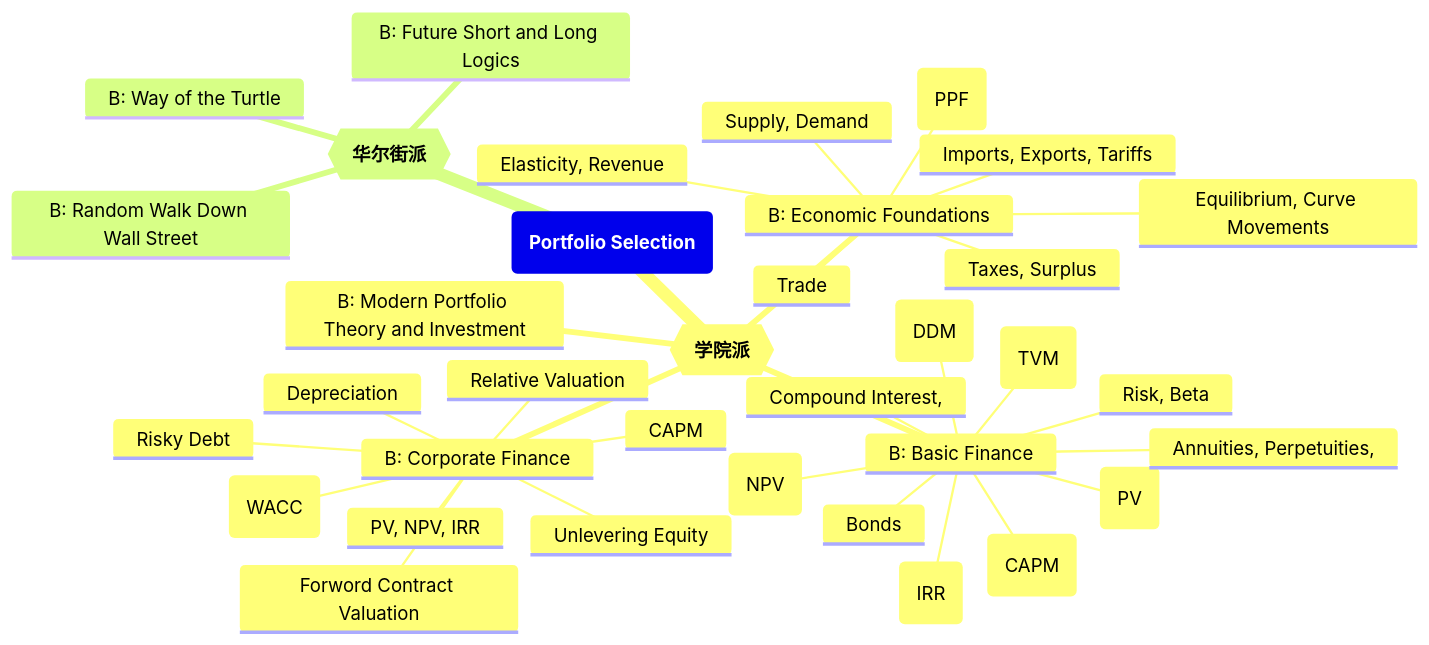
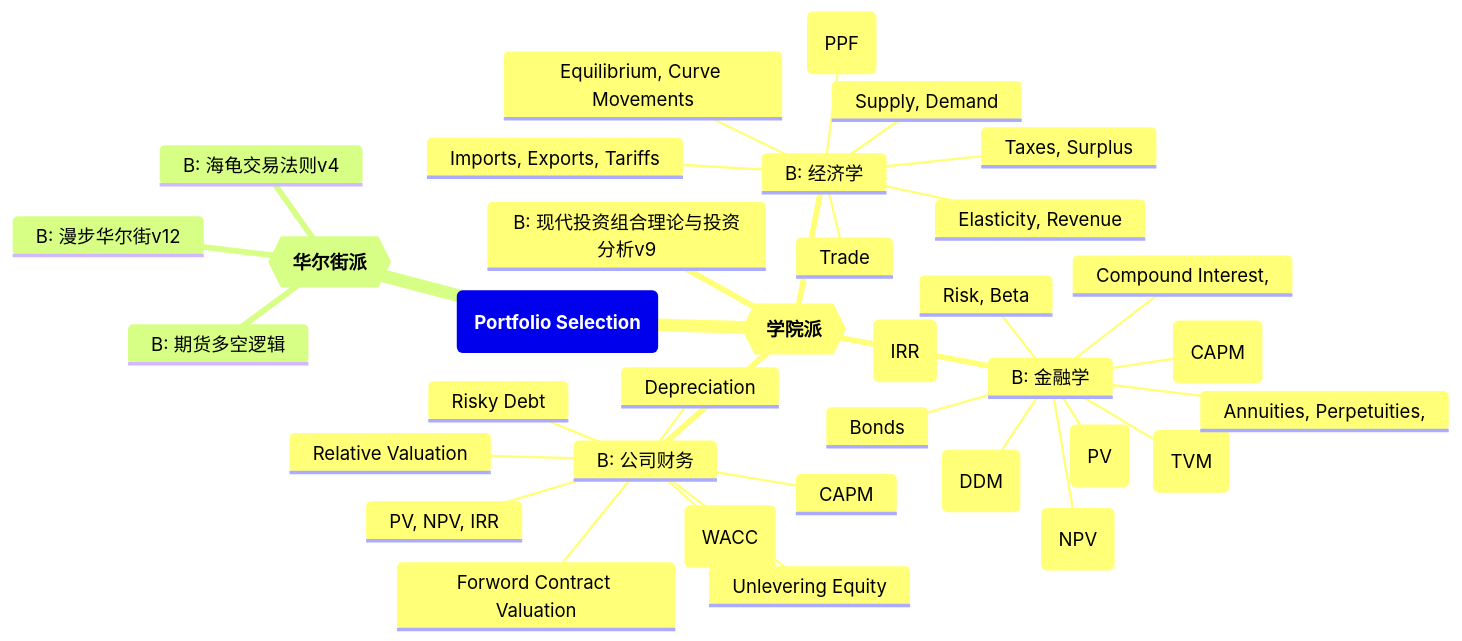
Before and after one commit to GMyhf/2024spring-cs410: the diagram in PS_mindmap.md, drawn with Mermaid.

````diff
--- a/PS_mindmap.md
+++ b/PS_mindmap.md
@@ -15,41 +15,41 @@
 ```mermaid
 mindmap
   root(**Portfolio Selection**)
     Academics{{**学院派**}}
-    	B: Economic Foundations
+    	B: 经济学
     		Production Possibilities Frontier (PPF)
     		Trade
     		Supply, Demand
     		Equilibrium, Curve Movements
     		Elasticity, Revenue
     		Taxes, Surplus
     		Imports, Exports, Tariffs
-    	B: Basic Finance
+    	B: 金融学
     		Compound Interest, 
     		Present Value (PV)
     		Time Value of Money (TVM)
     		Net Present Value (NPV)
     		Internal Rate of Return (IRR)
     		Annuities, Perpetuities, 
     		Bonds 
     		Dividend Discount Model (DDM)
     		Risk, Beta
     		Capital Asset Pricing Model (CAPM)
-    	B: Corporate Finance
+    	B: 公司财务
     		PV, NPV, IRR
     		Depreciation
     		CAPM
     		Risky Debt
     		Unlevering Equity
     		Weighted Average Cost of Capital (WACC)
     		Relative Valuation
     		Forword Contract Valuation
-    	B: Modern Portfolio Theory and Investment
+    	B: 现代投资组合理论与投资分析v9
     		
       
     Wall Street{{**华尔街派**}}
-    	B: Random Walk Down Wall Street
-    	B: Way of the Turtle
-    	B: Future Short and Long Logics
+    	B: 漫步华尔街v12
+    	B: 海龟交易法则v4
+    	B: 期货多空逻辑
 
 ```
````
